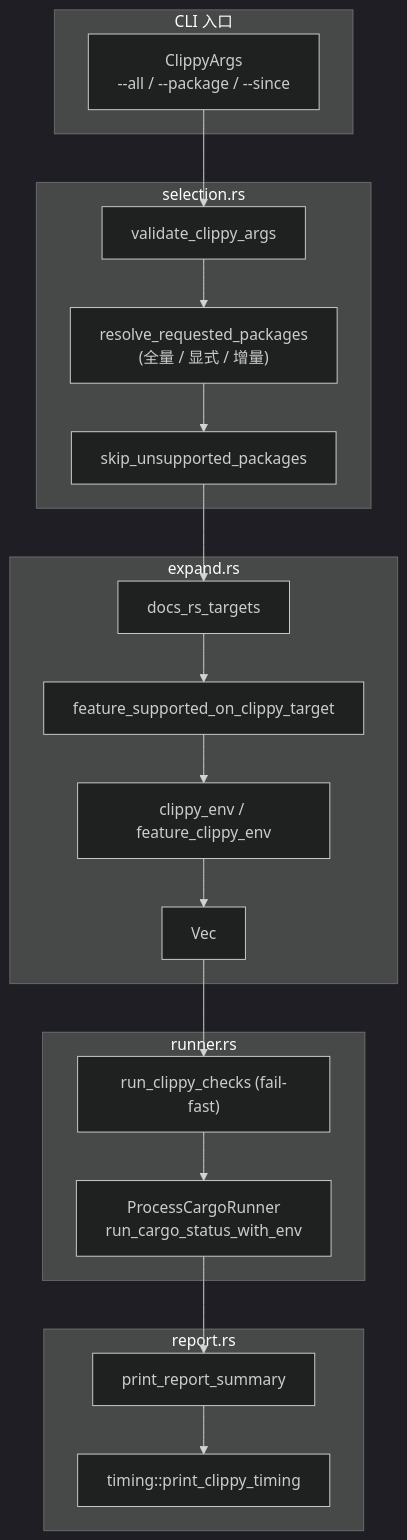
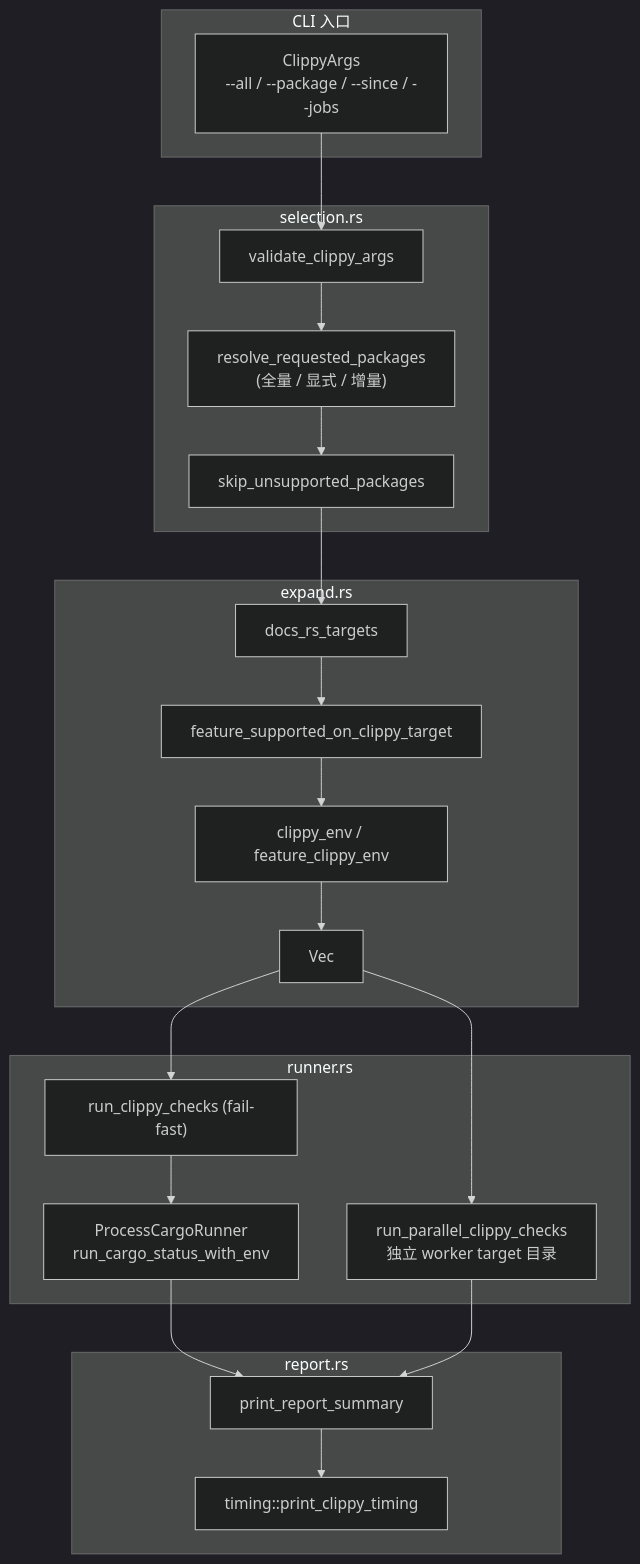
Before and after one commit to rcore-os/tgoskits: the diagram in docs/docs/build/clippy.md, drawn with Mermaid (dark theme). The commit also changed other lines of this file and 7 other files, not shown here.

Commit message:
feat(axbuild): add bounded parallel clippy checks

````diff
--- a/docs/docs/build/clippy.md
+++ b/docs/docs/build/clippy.md
@@ -14,33 +14,35 @@
 ```mermaid
 flowchart TB
     subgraph CLI["CLI 入口"]
-        ARGS["ClippyArgs<br/>--all / --package / --since"]
+        ARGS["ClippyArgs<br/>--all / --package / --since / --jobs"]
     end
 
     subgraph Selection["selection.rs"]
         VALID["validate_clippy_args"]
         RESOLVE["resolve_requested_packages<br/>(全量 / 显式 / 增量)"]
         SKIP["skip_unsupported_packages"]
     end
 
     subgraph Expand["expand.rs"]
         TARGETS["docs_rs_targets"]
         FEAT["feature_supported_on_clippy_target"]
         ENV["clippy_env / feature_clippy_env"]
         CHECKS["Vec<ClippyCheck>"]
     end
 
     subgraph Runner["runner.rs"]
         RUN["run_clippy_checks (fail-fast)"]
         PROC["ProcessCargoRunner<br/>run_cargo_status_with_env"]
+        PAR["run_parallel_clippy_checks<br/>独立 worker target 目录"]
     end
 
     subgraph Report["report.rs"]
         SUM["print_report_summary"]
         TIME["timing::print_clippy_timing"]
     end
 
     ARGS --> VALID --> RESOLVE --> SKIP --> TARGETS
     TARGETS --> FEAT --> ENV --> CHECKS
     CHECKS --> RUN --> PROC --> SUM --> TIME
+    CHECKS --> PAR --> SUM
 ```
````
